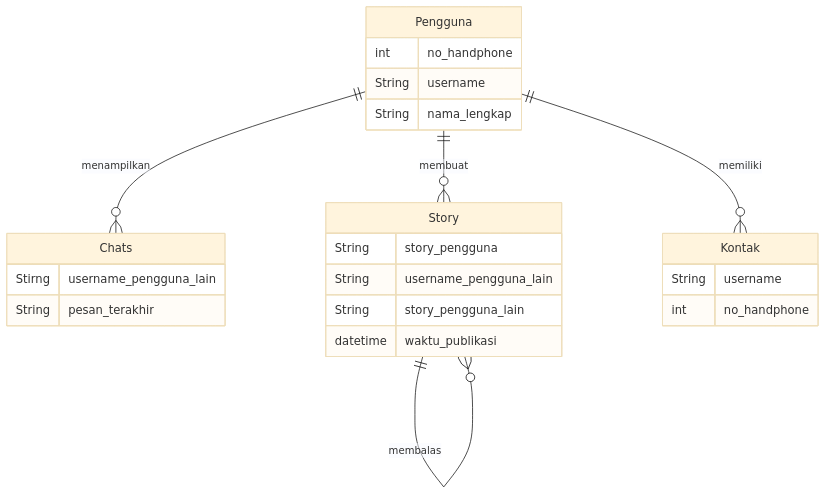
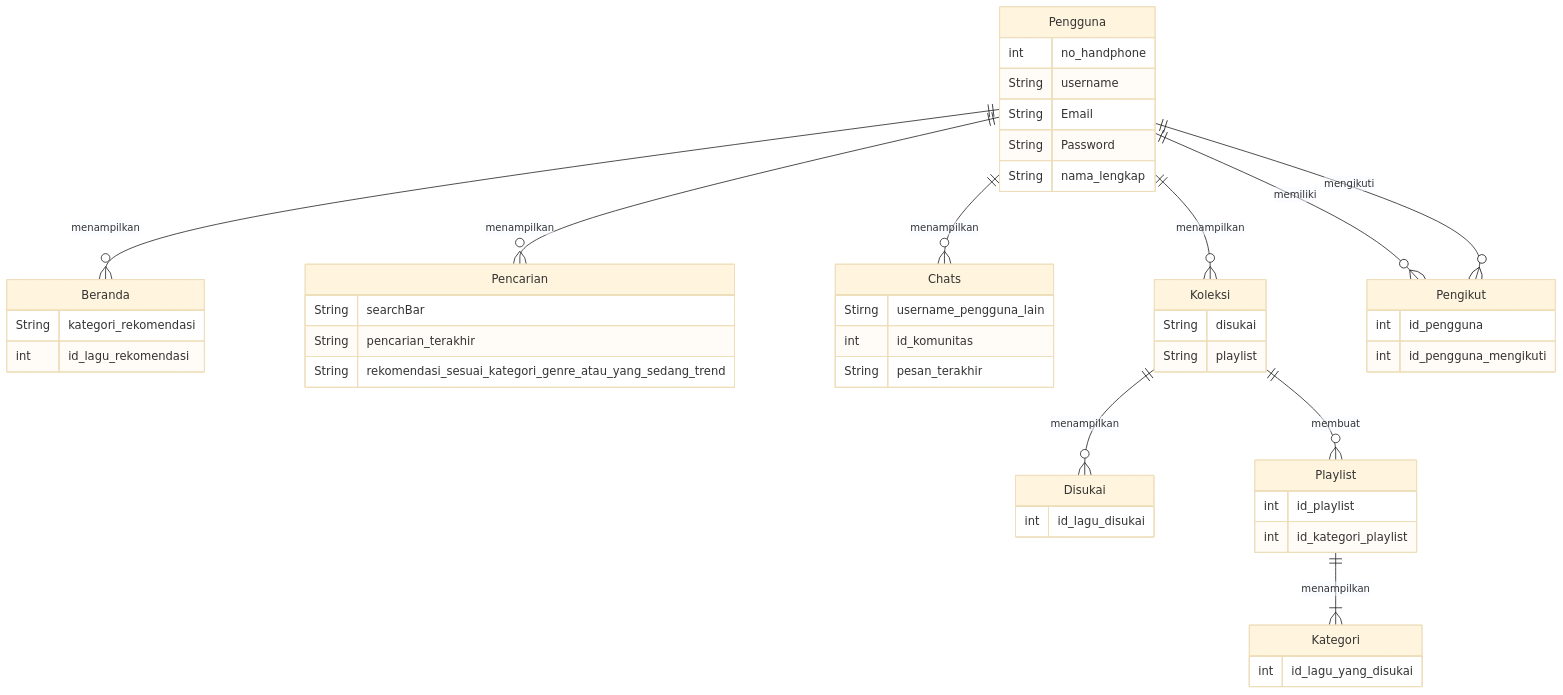
One commit to Ridwanihsann/Pengenalan-Informatika changed the first of 2 diagrams in UTS.md. Above: the diagram before and after it, drawn with Mermaid (base theme). The commit also changed other lines of this file, not shown here.

````diff
--- a/UTS.md
+++ b/UTS.md
@@ -60,26 +59,51 @@
 ```mermaid
 erDiagram
-    Pengguna {
+  Pengguna {
     int no_handphone
     String username
+    String Email
+    String Password
     String nama_lengkap
+  }
+  Pengguna ||--o{ Beranda : menampilkan
+  Beranda {
+    String kategori_rekomendasi
+    int id_lagu_rekomendasi
+  }
+Pengguna ||--o{ Pencarian : menampilkan
+  Pencarian {
+    String searchBar
+    String pencarian_terakhir
+    String rekomendasi_sesuai_kategori_genre_atau_yang_sedang_trend
   }
   Pengguna ||--o{ Chats : menampilkan
   Chats {
     Stirng username_pengguna_lain
+    int id_komunitas
     String pesan_terakhir
   }
-  Pengguna ||--o{ Story : membuat
-  Story ||--o{ Story : membalas 
-  Story {
-    String story_pengguna
-    String username_pengguna_lain
-    String story_pengguna_lain
-    datetime waktu_publikasi 
+  Pengguna ||--o{ Koleksi : menampilkan
+  Koleksi {
+    String disukai
+    String playlist
   }
-  Pengguna ||--o{ Kontak : memiliki
-  Kontak {
-    String username
-    int no_handphone
+  Koleksi ||--o{ Disukai : menampilkan
+  Disukai {
+    int id_lagu_disukai
+  }
+  Koleksi ||--o{ Playlist : membuat
+  Playlist {
+    int id_playlist
+    int id_kategori_playlist
+  }
+  Playlist ||--|{ Kategori : menampilkan
+  Kategori {
+    int id_lagu_yang_disukai
+  }
+  Pengguna ||--o{ Pengikut : memiliki
+  Pengguna ||--o{ Pengikut : mengikuti
+  Pengikut {
+    int id_pengguna
+    int id_pengguna_mengikuti
   }
 ```
````
